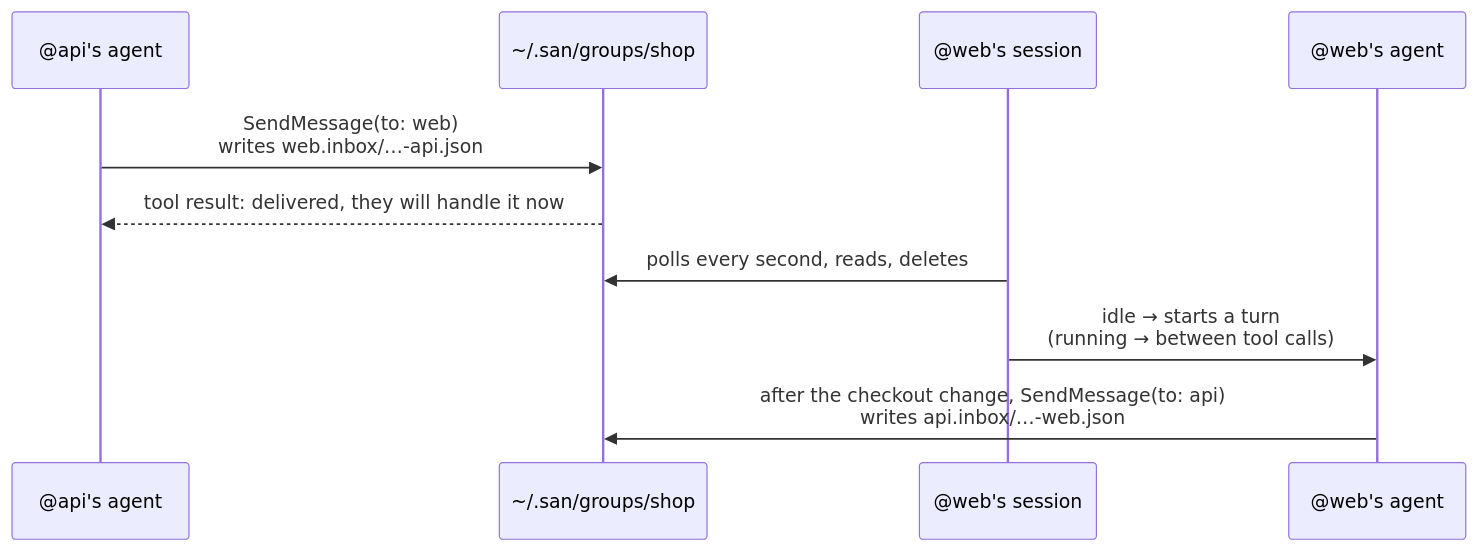
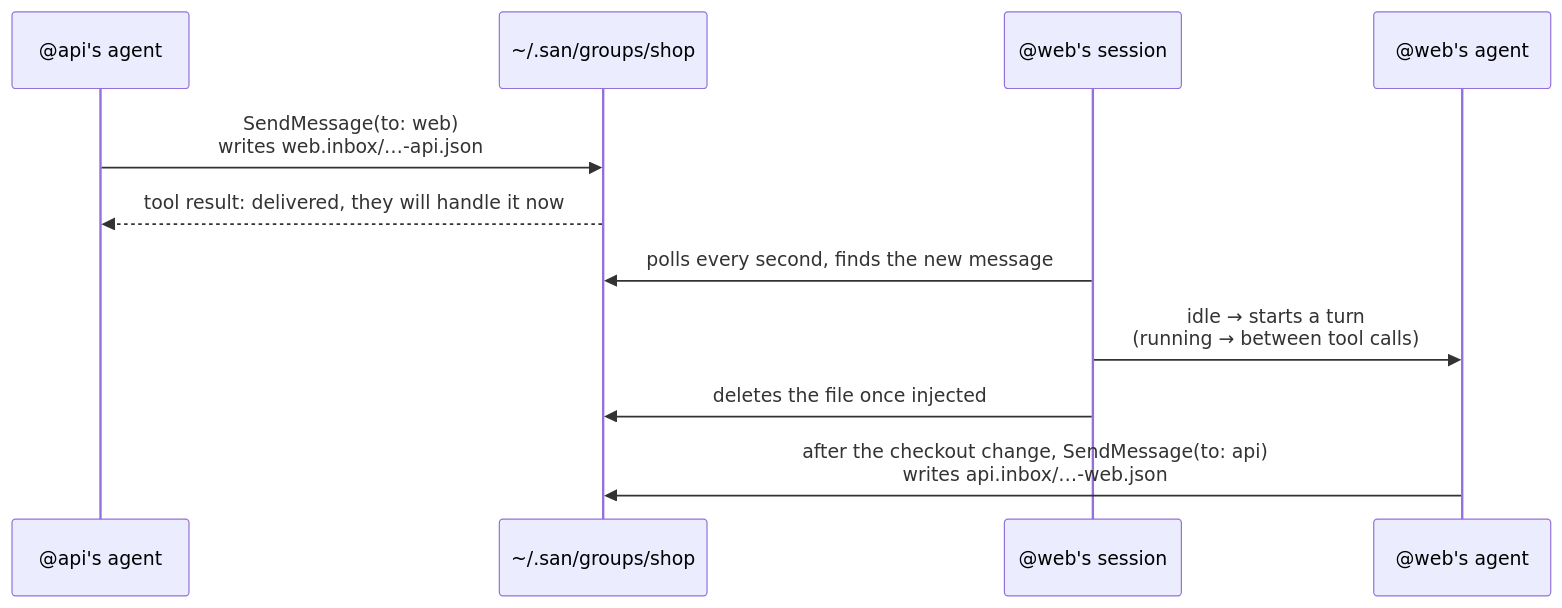
One commit to genai-io/san changed the first of 5 diagrams in docs/design/proposals/0003-session-groups.md. Above: the diagram before and after it, drawn with Mermaid. The commit also changed other lines of this file and 1 other file, not shown here.

````diff
--- a/docs/design/proposals/0003-session-groups.md
+++ b/docs/design/proposals/0003-session-groups.md
@@ -124,12 +126,13 @@
 ```mermaid
 sequenceDiagram
     participant A as @api's agent
     participant FS as ~/.san/groups/shop
     participant W as @web's session
     participant WA as @web's agent
     A->>FS: SendMessage(to: web)<br/>writes web.inbox/…-api.json
     FS-->>A: tool result: delivered, they will handle it now
-    W->>FS: polls every second, reads, deletes
+    W->>FS: polls every second, finds the new message
     W->>WA: idle → starts a turn<br/>(running → between tool calls)
+    W->>FS: deletes the file once injected
     WA->>FS: after the checkout change, SendMessage(to: api)<br/>writes api.inbox/…-web.json
 ```
````
